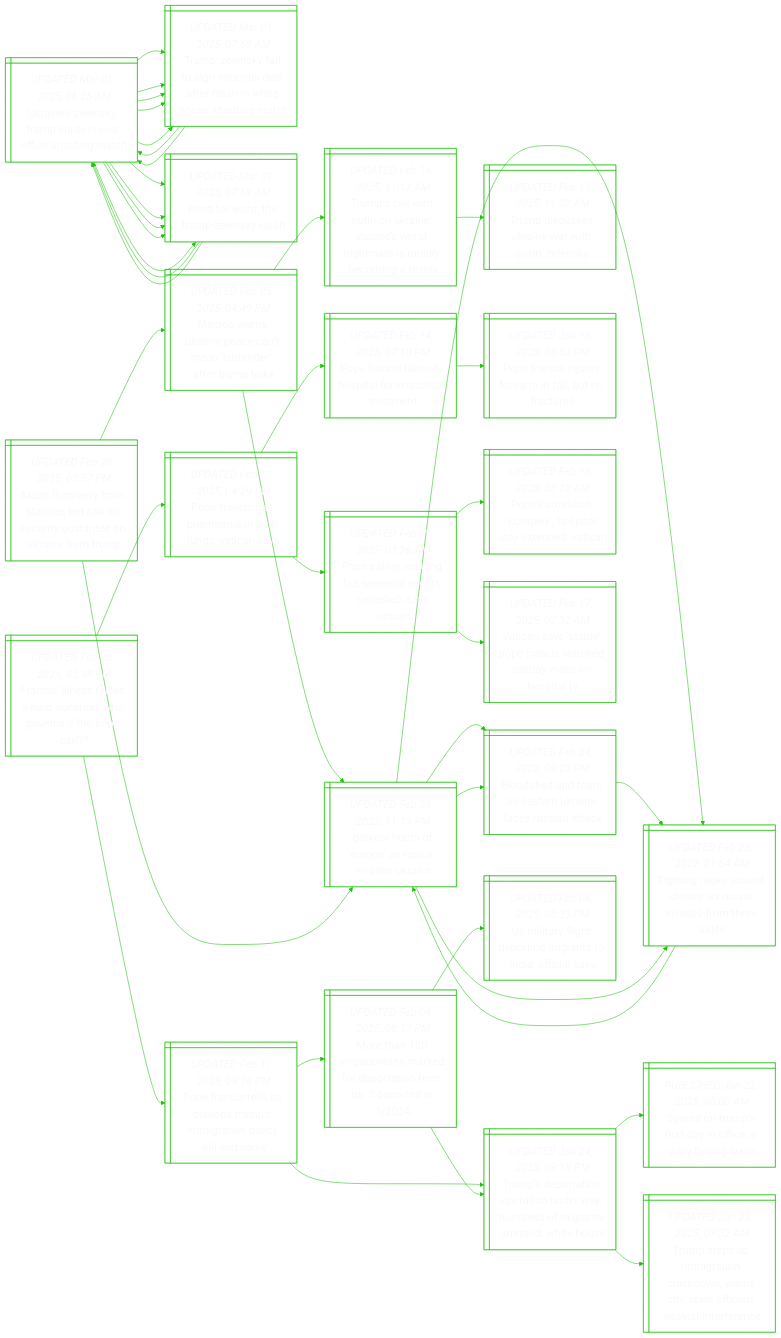
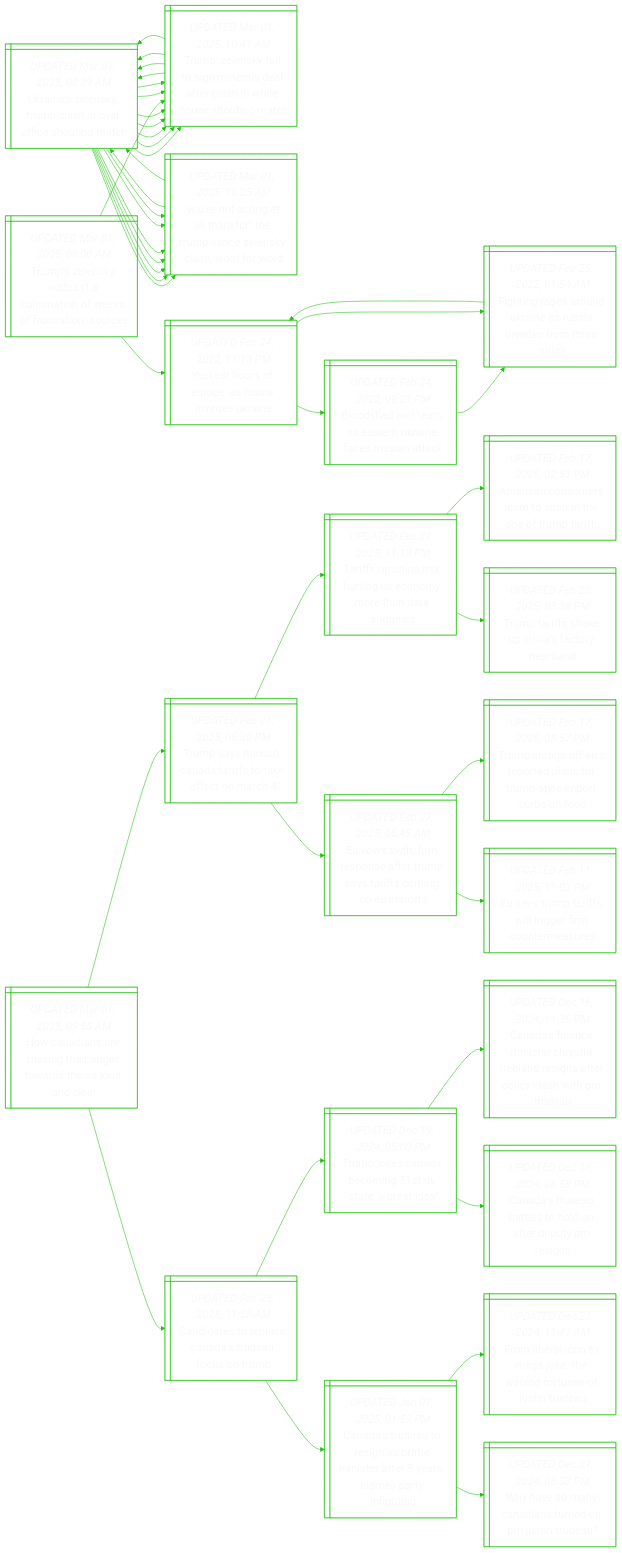
Before and after one commit to notJmes/notJmes: the diagram in README.md, drawn with Mermaid. The commit also changed other lines of this file, not shown here.

````diff
--- a/README.md
+++ b/README.md
@@ -16,66 +16,68 @@
 flowchart LR
 classDef txtsize font-size:20px;
 
-Unlyphaiogh@{ shape: win-pane, label: "_UPDATED Mar 01, 2025, 06:25 AM_
+Unlyphaiogh@{ shape: win-pane, label: "_UPDATED Mar 01, 2025, 08:39 AM_
 Ukraine’s zelensky, trump clash in oval office shouting match" }
-TZsiinsacitsum@{ shape: win-pane, label: "_UPDATED Mar 01, 2025, 07:58 AM_
+TZsiinsacitsum@{ shape: win-pane, label: "_UPDATED Mar 01, 2025, 10:41 AM_
 Trump, zelensky fail to sign minerals deal after clash in white house shouting match" }
-Unlyphaiogh@{ shape: win-pane, label: "_UPDATED Mar 01, 2025, 06:25 AM_
+Unlyphaiogh@{ shape: win-pane, label: "_UPDATED Mar 01, 2025, 08:39 AM_
 Ukraine’s zelensky, trump clash in oval office shouting match" }
-TZsiinsacitsum@{ shape: win-pane, label: "_UPDATED Mar 01, 2025, 07:58 AM_
+TZsiinsacitsum@{ shape: win-pane, label: "_UPDATED Mar 01, 2025, 10:41 AM_
 Trump, zelensky fail to sign minerals deal after clash in white house shouting match" }
-Wodreks@{ shape: win-pane, label: "_UPDATED Mar 01, 2025, 07:59 AM_
-Word for word: the trump-zelensky clash" }
-Unlyphaiogh@{ shape: win-pane, label: "_UPDATED Mar 01, 2025, 06:25 AM_
+YntthuTVZsarw@{ shape: win-pane, label: "_UPDATED Mar 01, 2025, 10:25 AM_
+‘you’re not acting at all thankful’: the trump-vance-zelensky clash, word for word" }
+Unlyphaiogh@{ shape: win-pane, label: "_UPDATED Mar 01, 2025, 08:39 AM_
 Ukraine’s zelensky, trump clash in oval office shouting match" }
-TZsiinsacitsum@{ shape: win-pane, label: "_UPDATED Mar 01, 2025, 07:58 AM_
+TZsiinsacitsum@{ shape: win-pane, label: "_UPDATED Mar 01, 2025, 10:41 AM_
 Trump, zelensky fail to sign minerals deal after clash in white house shouting match" }
-Wodreks@{ shape: win-pane, label: "_UPDATED Mar 01, 2025, 07:59 AM_
-Word for word: the trump-zelensky clash" }
-Wodreks@{ shape: win-pane, label: "_UPDATED Mar 01, 2025, 07:59 AM_
-Word for word: the trump-zelensky clash" }
-Unlyphaiogh@{ shape: win-pane, label: "_UPDATED Mar 01, 2025, 06:25 AM_
+YntthuTVZsarw@{ shape: win-pane, label: "_UPDATED Mar 01, 2025, 10:25 AM_
+‘you’re not acting at all thankful’: the trump-vance-zelensky clash, word for word" }
+YntthuTVZsarw@{ shape: win-pane, label: "_UPDATED Mar 01, 2025, 10:25 AM_
+‘you’re not acting at all thankful’: the trump-vance-zelensky clash, word for word" }
+Unlyphaiogh@{ shape: win-pane, label: "_UPDATED Mar 01, 2025, 08:39 AM_
 Ukraine’s zelensky, trump clash in oval office shouting match" }
-TZsiinsacitsum@{ shape: win-pane, label: "_UPDATED Mar 01, 2025, 07:58 AM_
+TZsiinsacitsum@{ shape: win-pane, label: "_UPDATED Mar 01, 2025, 10:41 AM_
 Trump, zelensky fail to sign minerals deal after clash in white house shouting match" }
-Wodreks@{ shape: win-pane, label: "_UPDATED Mar 01, 2025, 07:59 AM_
-Word for word: the trump-zelensky clash" }
-Unlyphaiogh@{ shape: win-pane, label: "_UPDATED Mar 01, 2025, 06:25 AM_
+YntthuTVZsarw@{ shape: win-pane, label: "_UPDATED Mar 01, 2025, 10:25 AM_
+‘you’re not acting at all thankful’: the trump-vance-zelensky clash, word for word" }
+Unlyphaiogh@{ shape: win-pane, label: "_UPDATED Mar 01, 2025, 08:39 AM_
 Ukraine’s zelensky, trump clash in oval office shouting match" }
-TZsiinsacitsum@{ shape: win-pane, label: "_UPDATED Mar 01, 2025, 07:58 AM_
+TZsiinsacitsum@{ shape: win-pane, label: "_UPDATED Mar 01, 2025, 10:41 AM_
 Trump, zelensky fail to sign minerals deal after clash in white house shouting match" }
-Wodreks@{ shape: win-pane, label: "_UPDATED Mar 01, 2025, 07:59 AM_
-Word for word: the trump-zelensky clash" }
+YntthuTVZsarw@{ shape: win-pane, label: "_UPDATED Mar 01, 2025, 10:25 AM_
+‘you’re not acting at all thankful’: the trump-vance-zelensky clash, word for word" }
 
 Unlyphaiogh:::txtsize --> TZsiinsacitsum:::txtsize
 TZsiinsacitsum:::txtsize --> Unlyphaiogh:::txtsize
 Unlyphaiogh:::txtsize --> TZsiinsacitsum:::txtsize
-Unlyphaiogh:::txtsize --> Wodreks:::txtsize
+Unlyphaiogh:::txtsize --> YntthuTVZsarw:::txtsize
 TZsiinsacitsum:::txtsize --> Unlyphaiogh:::txtsize
 Unlyphaiogh:::txtsize --> TZsiinsacitsum:::txtsize
-Unlyphaiogh:::txtsize --> Wodreks:::txtsize
-Unlyphaiogh:::txtsize --> Wodreks:::txtsize
-Wodreks:::txtsize --> Unlyphaiogh:::txtsize
+Unlyphaiogh:::txtsize --> YntthuTVZsarw:::txtsize
+Unlyphaiogh:::txtsize --> YntthuTVZsarw:::txtsize
+YntthuTVZsarw:::txtsize --> Unlyphaiogh:::txtsize
 Unlyphaiogh:::txtsize --> TZsiinsacitsum:::txtsize
-Unlyphaiogh:::txtsize --> Wodreks:::txtsize
-Wodreks:::txtsize --> Unlyphaiogh:::txtsize
+Unlyphaiogh:::txtsize --> YntthuTVZsarw:::txtsize
+YntthuTVZsarw:::txtsize --> Unlyphaiogh:::txtsize
 Unlyphaiogh:::txtsize --> TZsiinsacitsum:::txtsize
-Unlyphaiogh:::txtsize --> Wodreks:::txtsize
+Unlyphaiogh:::txtsize --> YntthuTVZsarw:::txtsize
 
-Mlrmmtlcyaoaru@{ shape: win-pane, label: "_UPDATED Feb 28, 2025, 05:57 PM_
-Much flummery from starmer, but still no security guarantee on ukraine from trump" }
-MnsianneaTt@{ shape: win-pane, label: "_UPDATED Feb 25, 2025, 04:49 PM_
-Macron warns ukraine peace can’t mean ‘surrender’, after trump talks" }
-DsruasvUn@{ shape: win-pane, label: "_UPDATED Feb 24, 2022, 11:13 PM_
-'darkest hours of europe' as russia invades ukraine" }
-Bsnranicsak@{ shape: win-pane, label: "_UPDATED Feb 24, 2022, 09:21 PM_
-Bloodshed and tears as eastern ukraine faces russian attack" }
-Figokesnsts@{ shape: win-pane, label: "_UPDATED Feb 25, 2022, 01:54 AM_
-Fighting rages around ukraine as russia invades from three sides" }
-Tswunirwnmsdcgl@{ shape: win-pane, label: "_UPDATED Feb 14, 2025, 11:13 AM_
-Trump’s call with putin on ukraine: europe’s worst nightmare is rapidly becoming a reality" }
-Tdskeitly@{ shape: win-pane, label: "_UPDATED Feb 13, 2025, 11:02 AM_
-Trump discusses ukraine war with putin, zelensky" }
+Tsnusltfsutos@{ shape: win-pane, label: "_UPDATED Mar 01, 2025, 09:00 AM_
+Trump’s zelensky outburst a culmination of weeks of frustration: sources" }
+TZsiinsacitsum@{ shape: win-pane, label: "_UPDATED Mar 01, 2025, 10:41 AM_
+Trump, zelensky fail to sign minerals deal after clash in white house shouting match" }
+Unlyphaiogh@{ shape: win-pane, label: "_UPDATED Mar 01, 2025, 08:39 AM_
+Ukraine’s zelensky, trump clash in oval office shouting match" }
+TZsiinsacitsum@{ shape: win-pane, label: "_UPDATED Mar 01, 2025, 10:41 AM_
+Trump, zelensky fail to sign minerals deal after clash in white house shouting match" }
+YntthuTVZsarw@{ shape: win-pane, label: "_UPDATED Mar 01, 2025, 10:25 AM_
+‘you’re not acting at all thankful’: the trump-vance-zelensky clash, word for word" }
+Unlyphaiogh@{ shape: win-pane, label: "_UPDATED Mar 01, 2025, 08:39 AM_
+Ukraine’s zelensky, trump clash in oval office shouting match" }
+TZsiinsacitsum@{ shape: win-pane, label: "_UPDATED Mar 01, 2025, 10:41 AM_
+Trump, zelensky fail to sign minerals deal after clash in white house shouting match" }
+YntthuTVZsarw@{ shape: win-pane, label: "_UPDATED Mar 01, 2025, 10:25 AM_
+‘you’re not acting at all thankful’: the trump-vance-zelensky clash, word for word" }
 DsruasvUn@{ shape: win-pane, label: "_UPDATED Feb 24, 2022, 11:13 PM_
 'darkest hours of europe' as russia invades ukraine" }
 Bsnranicsak@{ shape: win-pane, label: "_UPDATED Feb 24, 2022, 09:21 PM_
@@ -87,59 +89,63 @@
 DsruasvUn@{ shape: win-pane, label: "_UPDATED Feb 24, 2022, 11:13 PM_
 'darkest hours of europe' as russia invades ukraine" }
 
-Mlrmmtlcyaoaru:::txtsize --> MnsianneaTt:::txtsize
-MnsianneaTt:::txtsize --> DsruasvUn:::txtsize
-DsruasvUn:::txtsize --> Bsnranicsak:::txtsize
-DsruasvUn:::txtsize --> Figokesnsts:::txtsize
-MnsianneaTt:::txtsize --> Tswunirwnmsdcgl:::txtsize
-Tswunirwnmsdcgl:::txtsize --> Tdskeitly:::txtsize
-Mlrmmtlcyaoaru:::txtsize --> DsruasvUn:::txtsize
+Tsnusltfsutos:::txtsize --> TZsiinsacitsum:::txtsize
+TZsiinsacitsum:::txtsize --> Unlyphaiogh:::txtsize
+Unlyphaiogh:::txtsize --> TZsiinsacitsum:::txtsize
+Unlyphaiogh:::txtsize --> YntthuTVZsarw:::txtsize
+TZsiinsacitsum:::txtsize --> Unlyphaiogh:::txtsize
+Unlyphaiogh:::txtsize --> TZsiinsacitsum:::txtsize
+Unlyphaiogh:::txtsize --> YntthuTVZsarw:::txtsize
+Tsnusltfsutos:::txtsize --> DsruasvUn:::txtsize
 DsruasvUn:::txtsize --> Bsnranicsak:::txtsize
 Bsnranicsak:::txtsize --> Figokesnsts:::txtsize
 DsruasvUn:::txtsize --> Figokesnsts:::txtsize
 Figokesnsts:::txtsize --> DsruasvUn:::txtsize
 
-Finaaqiortpt@{ shape: win-pane, label: "_UPDATED Feb 28, 2025, 03:38 PM_
-Francis’ illness raises a hard question: who governs if the pope can’t?" }
-Prsnnbuan@{ shape: win-pane, label: "_UPDATED Feb 19, 2025, 04:29 PM_
-Pope francis has pneumonia in both lungs, vatican says" }
-Prsnslrire@{ shape: win-pane, label: "_UPDATED Feb 14, 2025, 07:10 PM_
-Pope francis taken to hospital for bronchitis treatment" }
-Prsrrilot@{ shape: win-pane, label: "_UPDATED Jan 16, 2025, 08:51 PM_
-Pope francis injures forearm in fall, but no fractures" }
-Parnwnnnesc@{ shape: win-pane, label: "_UPDATED Feb 19, 2025, 03:26 AM_
-Pope eating, reading but weekend events cancelled, says vatican" }
-Pctoxittdc@{ shape: win-pane, label: "_UPDATED Feb 18, 2025, 03:12 AM_
-Pope’s condition ‘complex’, hospital stay extended: vatican" }
-VaslectSyopT@{ shape: win-pane, label: "_UPDATED Feb 17, 2025, 02:32 AM_
-Vatican says 'stable' pope francis watched sunday mass on hospital tv" }
-PrsssTsgoilb@{ shape: win-pane, label: "_UPDATED Feb 11, 2025, 09:36 PM_
-Pope francis tells us bishops trump’s immigration policy ‘will end badly’" }
-TsrornruditeWH@{ shape: win-pane, label: "_UPDATED Jan 24, 2025, 09:15 PM_
-Trump’s deportation operation under way, hundreds of migrants arrested: white house" }
-SduiafaBnt@{ shape: win-pane, label: "_PUBLISHED Jan 22, 2025, 05:00 AM_
-Spared on trump’s first day in office, a wary beijing waits" }
-Tsuiiawnyecasee@{ shape: win-pane, label: "_UPDATED Jan 23, 2025, 07:32 AM_
-Trump steps up immigration crackdown, warns city, state officials against interference" }
-MhnrmdeafSrn@{ shape: win-pane, label: "_UPDATED Feb 04, 2025, 08:17 PM_
-More than 100 singaporeans marked for deportation from us; 3 deported in fy2024" }
-TsrornruditeWH@{ shape: win-pane, label: "_UPDATED Jan 24, 2025, 09:15 PM_
-Trump’s deportation operation under way, hundreds of migrants arrested: white house" }
-UiftrmnIoiy@{ shape: win-pane, label: "_UPDATED Feb 04, 2025, 03:39 PM_
-Us military flight deporting migrants to india, official says" }
+Hnnmgrrreuc@{ shape: win-pane, label: "_UPDATED Mar 01, 2025, 09:55 AM_
+How canadians are making their anger towards the us loud and clear" }
+TseCaftfoc@{ shape: win-pane, label: "_UPDATED Feb 28, 2025, 06:30 PM_
+Trump says mexico, canada tariffs to take effect on march 4" }
+TfhirUnoaae@{ shape: win-pane, label: "_UPDATED Feb 27, 2025, 11:13 PM_
+Tariffs on china risk hurting us economy more than data suggests" }
+Acnrrhteur@{ shape: win-pane, label: "_UPDATED Feb 17, 2025, 02:51 PM_
+American consumers learn to shop in the age of trump tariffs" }
+Ttfkhfrrd@{ shape: win-pane, label: "_UPDATED Feb 23, 2025, 03:38 PM_
+Trump tariffs shake up china’s factory heartland" }
+Estrntuyiooms@{ shape: win-pane, label: "_UPDATED Feb 27, 2025, 06:45 AM_
+Eu vows swift, firm response after trump says tariffs coming on eu imports" }
+TssUopfuypun@{ shape: win-pane, label: "_UPDATED Feb 17, 2025, 05:57 PM_
+Trump shrugs off eu’s reported plans for trump-style import curbs on food" }
+Espflgiumr@{ shape: win-pane, label: "_UPDATED Feb 11, 2025, 11:02 PM_
+Eu says trump tariffs will trigger firm countermeasures" }
+CdtlasecT@{ shape: win-pane, label: "_UPDATED Feb 25, 2025, 11:58 AM_
+Candidates to replace canada’s trudeau focus on trump" }
+TjCamtard@{ shape: win-pane, label: "_UPDATED Dec 19, 2024, 05:00 PM_
+Trump jokes canada becoming 51st us state ‘a great idea’" }
+CaaieyFasapyhPd@{ shape: win-pane, label: "_UPDATED Dec 16, 2024, 11:36 PM_
+Canada’s finance minister chrystia freeland resigns after policy clash with pm trudeau" }
+CadaslfePi@{ shape: win-pane, label: "_UPDATED Dec 18, 2024, 06:58 PM_
+Canada’s trudeau battles to hold on after deputy pm resigns" }
+Cadogrieermrfi@{ shape: win-pane, label: "_UPDATED Jan 07, 2025, 01:53 PM_
+Canada’s trudeau to resign as prime minister after 9 years, blames party infighting" }
+FiltaTnoeuTa@{ shape: win-pane, label: "_UPDATED Dec 23, 2024, 11:41 AM_
+From liberal icon to maga joke: the waning fortunes of justin trudeau" }
+WvannnPtu@{ shape: win-pane, label: "_UPDATED Dec 21, 2024, 08:58 PM_
+Why have so many canadians turned on pm justin trudeau?" }
 
-Finaaqiortpt:::txtsize --> Prsnnbuan:::txtsize
-Prsnnbuan:::txtsize --> Prsnslrire:::txtsize
-Prsnslrire:::txtsize --> Prsrrilot:::txtsize
-Prsnnbuan:::txtsize --> Parnwnnnesc:::txtsize
-Parnwnnnesc:::txtsize --> Pctoxittdc:::txtsize
-Parnwnnnesc:::txtsize --> VaslectSyopT:::txtsize
-Finaaqiortpt:::txtsize --> PrsssTsgoilb:::txtsize
-PrsssTsgoilb:::txtsize --> TsrornruditeWH:::txtsize
-TsrornruditeWH:::txtsize --> SduiafaBnt:::txtsize
-TsrornruditeWH:::txtsize --> Tsuiiawnyecasee:::txtsize
-PrsssTsgoilb:::txtsize --> MhnrmdeafSrn:::txtsize
-MhnrmdeafSrn:::txtsize --> TsrornruditeWH:::txtsize
-MhnrmdeafSrn:::txtsize --> UiftrmnIoiy:::txtsize
+Hnnmgrrreuc:::txtsize --> TseCaftfoc:::txtsize
+TseCaftfoc:::txtsize --> TfhirUnoaae:::txtsize
+TfhirUnoaae:::txtsize --> Acnrrhteur:::txtsize
+TfhirUnoaae:::txtsize --> Ttfkhfrrd:::txtsize
+TseCaftfoc:::txtsize --> Estrntuyiooms:::txtsize
+Estrntuyiooms:::txtsize --> TssUopfuypun:::txtsize
+Estrntuyiooms:::txtsize --> Espflgiumr:::txtsize
+Hnnmgrrreuc:::txtsize --> CdtlasecT:::txtsize
+CdtlasecT:::txtsize --> TjCamtard:::txtsize
+TjCamtard:::txtsize --> CaaieyFasapyhPd:::txtsize
+TjCamtard:::txtsize --> CadaslfePi:::txtsize
+CdtlasecT:::txtsize --> Cadogrieermrfi:::txtsize
+Cadogrieermrfi:::txtsize --> FiltaTnoeuTa:::txtsize
+Cadogrieermrfi:::txtsize --> WvannnPtu:::txtsize
 
 ```
````
